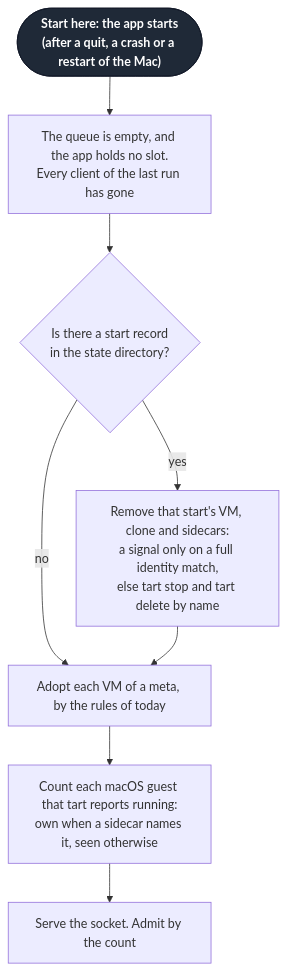
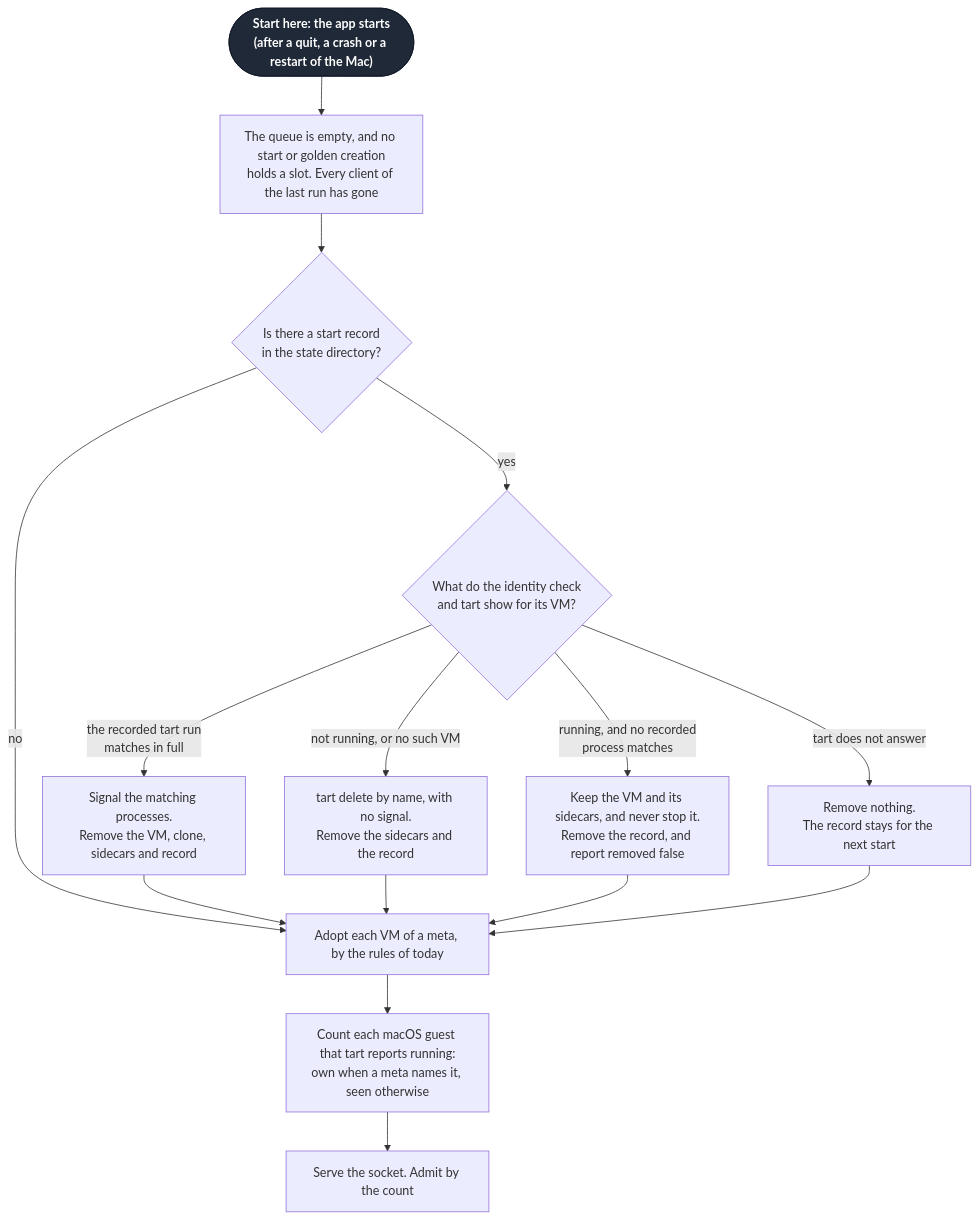
The seventh of 7 diagrams in docs/specs/admission-queue.md (Linkuistics/TestAnyware), drawn with Mermaid before and after one commit. The commit also changed other lines of this file and 9 other files, not shown here.

First line of the commit message:
grove(admission-queue-k5): triage the findings of admission-queue-k4, fix the order, the deadline, the start record and macos_slots, cut admission-queue-k6, and retire the leaf

````diff
--- a/docs/specs/admission-queue.md
+++ b/docs/specs/admission-queue.md
@@ -481,11 +532,15 @@
 ```mermaid
 flowchart TD
-  s(["Start here: the app starts<br/>(after a quit, a crash or a restart of the Mac)"]):::start --> q["The queue is empty, and the app holds no slot.<br/>Every client of the last run has gone"]
+  s(["Start here: the app starts<br/>(after a quit, a crash or a restart of the Mac)"]):::start --> q["The queue is empty, and no start or golden creation<br/>holds a slot. Every client of the last run has gone"]
   q --> rec{"Is there a start record<br/>in the state directory?"}
-  rec -- "yes" --> rm["Remove that start's VM, clone and sidecars:<br/>a signal only on a full identity match,<br/>else tart stop and tart delete by name"]
+  rec -- "yes" --> vm{"What do the identity check<br/>and tart show for its VM?"}
   rec -- "no" --> adopt
-  rm --> adopt["Adopt each VM of a meta, by the rules of today"]
-  adopt --> count["Count each macOS guest that tart reports running:<br/>own when a sidecar names it, seen otherwise"]
+  vm -- "the recorded tart run<br/>matches in full" --> rm["Signal the matching processes.<br/>Remove the VM, clone, sidecars and record"]
+  vm -- "not running, or no such VM" --> del["tart delete by name, with no signal.<br/>Remove the sidecars and the record"]
+  vm -- "running, and no recorded<br/>process matches" --> keep["Keep the VM and its sidecars, and never stop it.<br/>Remove the record, and report removed false"]
+  vm -- "tart does not answer" --> stay["Remove nothing.<br/>The record stays for the next start"]
+  rm & del & keep & stay --> adopt["Adopt each VM of a meta, by the rules of today"]
+  adopt --> count["Count each macOS guest that tart reports running:<br/>own when a meta names it, seen otherwise"]
   count --> serve["Serve the socket. Admit by the count"]
   classDef start fill:#1f2937,stroke:#111827,color:#ffffff,font-weight:bold
 ```
````
